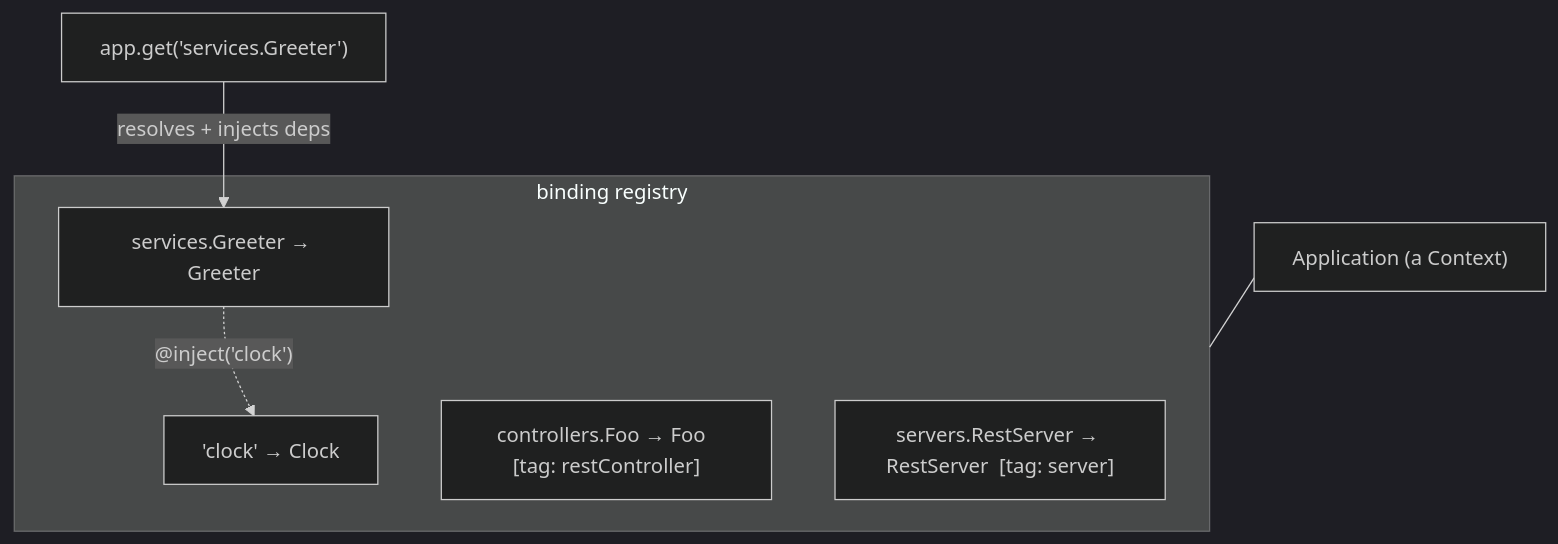
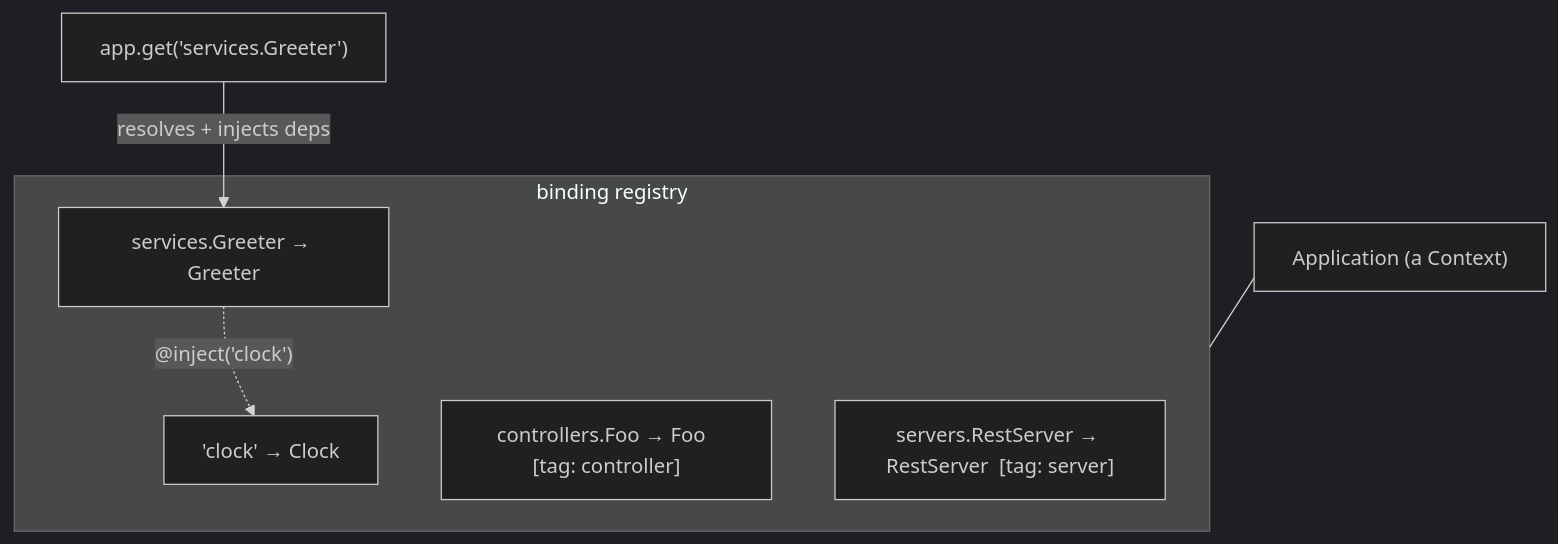
One commit to ninemindai/agentback changed the diagram in docs/concepts/dependency-injection.md. Above: the diagram before and after it, drawn with Mermaid (dark theme). The commit also changed other lines of this file and 17 other files, not shown here.

````diff
--- a/docs/concepts/dependency-injection.md
+++ b/docs/concepts/dependency-injection.md
@@ -14,13 +14,13 @@
 ```mermaid
 graph TD
   App["Application (a Context)"]
   subgraph Registry["binding registry"]
     B1["'clock' → Clock"]
     B2["services.Greeter → Greeter"]
-    B3["controllers.Foo → Foo  [tag: restController]"]
+    B3["controllers.Foo → Foo  [tag: controller]"]
     B4["servers.RestServer → RestServer  [tag: server]"]
   end
   App --- Registry
   Resolve["app.get('services.Greeter')"] -->|"resolves + injects deps"| B2
   B2 -.->|"@inject('clock')"| B1
 ```
````
